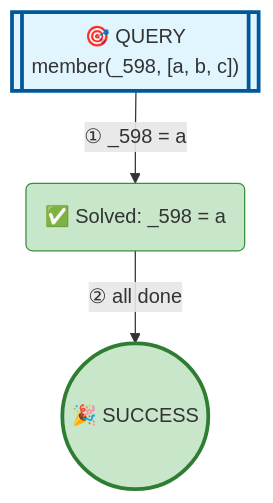
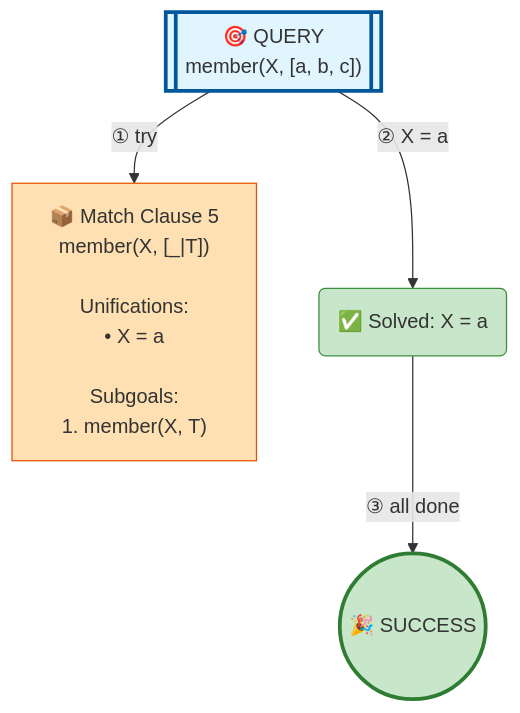
One commit to jarecsni/prolog-trace-viz changed the diagram in examples/member-full.md. Above: the diagram before and after it, drawn with Mermaid. The commit also changed other lines of this file and 26 other files, not shown here.

````diff
--- a/examples/member-full.md
+++ b/examples/member-full.md
@@ -16,17 +16,20 @@
 ```mermaid
 graph TD
 
 %% Nodes
-A[["🎯 QUERY<br/>member(_598, [a, b, c])"]]
-B("✅ Solved: _598 = a")
-C(("🎉 SUCCESS"))
+A[["🎯 QUERY<br/>member(X, [a, b, c])"]]
+B["📦 Match Clause 5<br/>member(X, [_|T])<br/><br/>Unifications:<br/>• X = a<br/><br/>Subgoals:<br/>1. member(X, T)"]
+C("✅ Solved: X = a")
+D(("🎉 SUCCESS"))
 
 %% Edges
-A -->|"① _598 = a"| B
-B -->|"② all done"| C
+A -->|"① try"| B
+A -->|"② X = a"| C
+C -->|"③ all done"| D
 
 %% Styles
 style A fill:#e1f5ff,stroke:#01579b,stroke-width:3px
-style B fill:#c8e6c9,stroke:#388e3c
-style C fill:#c8e6c9,stroke:#2e7d32,stroke-width:3px
+style B fill:#ffe0b2,stroke:#e65100
+style C fill:#c8e6c9,stroke:#388e3c
+style D fill:#c8e6c9,stroke:#2e7d32,stroke-width:3px
 ```
````
